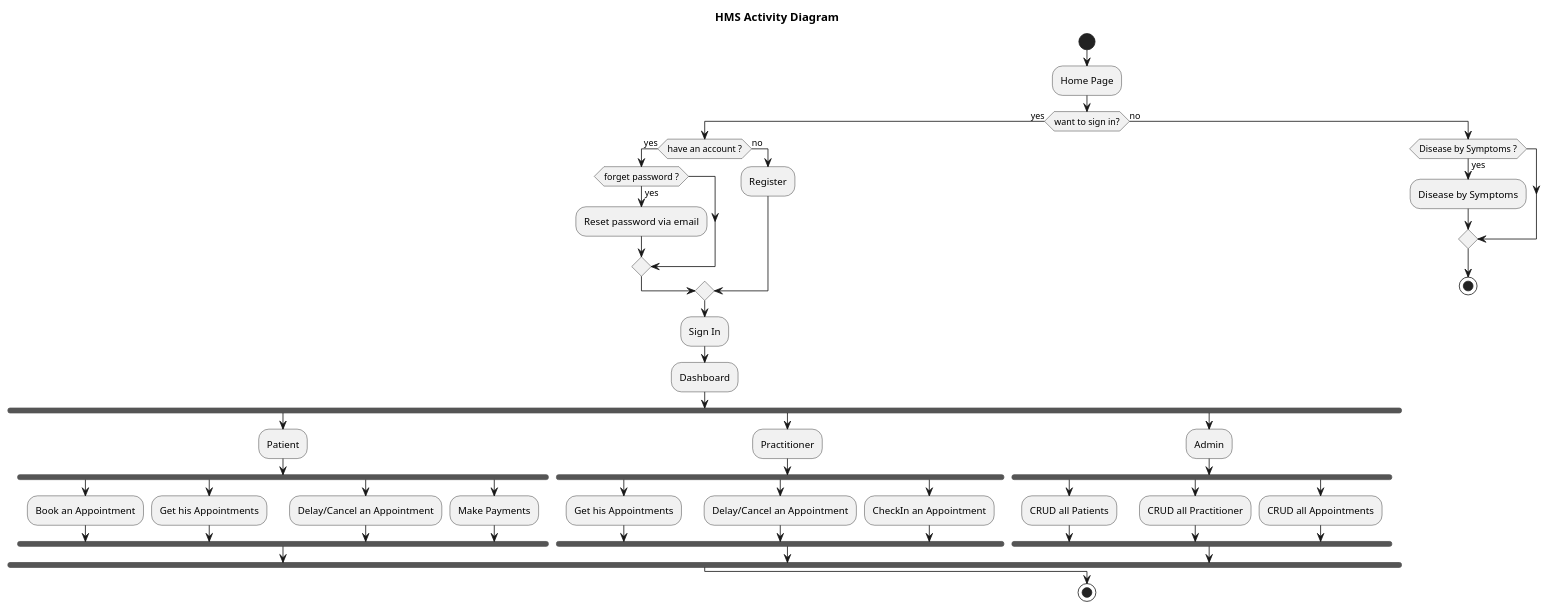
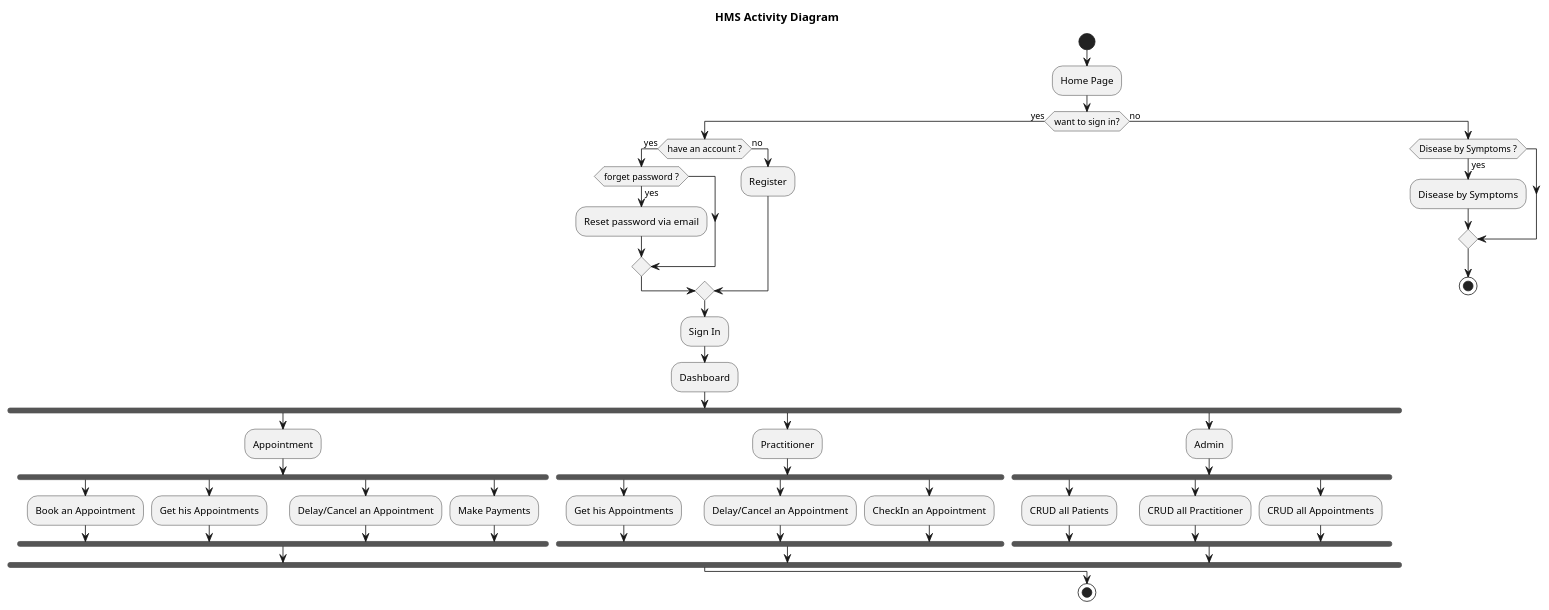
The diagram in src/client/public/docs/diagrams/src/activity_system.puml (tdnguyen6/hms-PERN), drawn with PlantUML before and after one commit. The commit also changed 21 other files, not shown here.

```diff
--- a/src/client/public/docs/diagrams/src/activity_system.puml
+++ b/src/client/public/docs/diagrams/src/activity_system.puml
@@ -1,52 +1,52 @@
 @startuml
 title HMS Activity Diagram
 start
 :Home Page;
 if (want to sign in?) then (yes)
     if (have an account ?) then (yes)
         if (forget password ?) then (yes)
             :Reset password via email;
         endif
     else (no)
         :Register;
     endif
     :Sign In;
     :Dashboard;
     fork
-        :Patient;
+        :Appointment;
             fork
                 :Book an Appointment;
             fork again
                 :Get his Appointments;
             fork again
                 :Delay/Cancel an Appointment;
             fork again
                 :Make Payments;
             end fork
     fork again
         :Practitioner;
             fork
                 :Get his Appointments;
             fork again
                 :Delay/Cancel an Appointment;
             fork again
                 :CheckIn an Appointment;
             end fork
     fork again
         :Admin;
             fork
                 :CRUD all Patients;
             fork again
                 :CRUD all Practitioner;
             fork again
                 :CRUD all Appointments;
             end fork
     end fork
 else (no)
     if (Disease by Symptoms ?) then (yes)
         :Disease by Symptoms;
     endif
     stop
 endif
 stop
 @enduml
```
